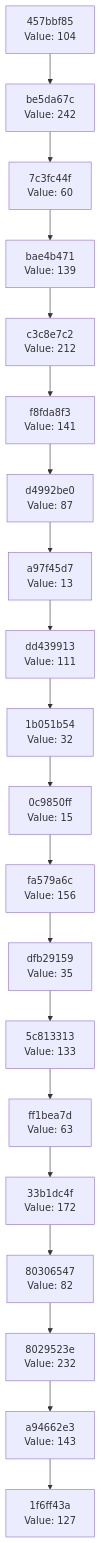
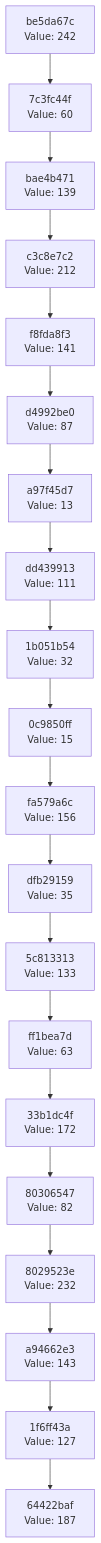
The diagram in docs/CHAIN_VISUALIZATION.md (Abhisheksinha1506/hash-chain-evolver), drawn with Mermaid before and after one commit. The commit also changed 2 other files, not shown here.

Commit message:
Evolution step: hash 0xBB → action executed

````diff
--- a/docs/CHAIN_VISUALIZATION.md
+++ b/docs/CHAIN_VISUALIZATION.md
@@ -3,42 +3,42 @@
 ```mermaid
 graph TD
-    C0["1f6ff43a<br/>Value: 127"]
-    C1["a94662e3<br/>Value: 143"]
+    C0["64422baf<br/>Value: 187"]
+    C1["1f6ff43a<br/>Value: 127"]
     C1 --> C0
-    C2["8029523e<br/>Value: 232"]
+    C2["a94662e3<br/>Value: 143"]
     C2 --> C1
-    C3["80306547<br/>Value: 82"]
+    C3["8029523e<br/>Value: 232"]
     C3 --> C2
-    C4["33b1dc4f<br/>Value: 172"]
+    C4["80306547<br/>Value: 82"]
     C4 --> C3
-    C5["ff1bea7d<br/>Value: 63"]
+    C5["33b1dc4f<br/>Value: 172"]
     C5 --> C4
-    C6["5c813313<br/>Value: 133"]
+    C6["ff1bea7d<br/>Value: 63"]
     C6 --> C5
-    C7["dfb29159<br/>Value: 35"]
+    C7["5c813313<br/>Value: 133"]
     C7 --> C6
-    C8["fa579a6c<br/>Value: 156"]
+    C8["dfb29159<br/>Value: 35"]
     C8 --> C7
-    C9["0c9850ff<br/>Value: 15"]
+    C9["fa579a6c<br/>Value: 156"]
     C9 --> C8
-    C10["1b051b54<br/>Value: 32"]
+    C10["0c9850ff<br/>Value: 15"]
     C10 --> C9
-    C11["dd439913<br/>Value: 111"]
+    C11["1b051b54<br/>Value: 32"]
     C11 --> C10
-    C12["a97f45d7<br/>Value: 13"]
+    C12["dd439913<br/>Value: 111"]
     C12 --> C11
-    C13["d4992be0<br/>Value: 87"]
+    C13["a97f45d7<br/>Value: 13"]
     C13 --> C12
-    C14["f8fda8f3<br/>Value: 141"]
+    C14["d4992be0<br/>Value: 87"]
     C14 --> C13
-    C15["c3c8e7c2<br/>Value: 212"]
+    C15["f8fda8f3<br/>Value: 141"]
     C15 --> C14
-    C16["bae4b471<br/>Value: 139"]
+    C16["c3c8e7c2<br/>Value: 212"]
     C16 --> C15
-    C17["7c3fc44f<br/>Value: 60"]
+    C17["bae4b471<br/>Value: 139"]
     C17 --> C16
-    C18["be5da67c<br/>Value: 242"]
+    C18["7c3fc44f<br/>Value: 60"]
     C18 --> C17
-    C19["457bbf85<br/>Value: 104"]
+    C19["be5da67c<br/>Value: 242"]
     C19 --> C18
 ```
````
